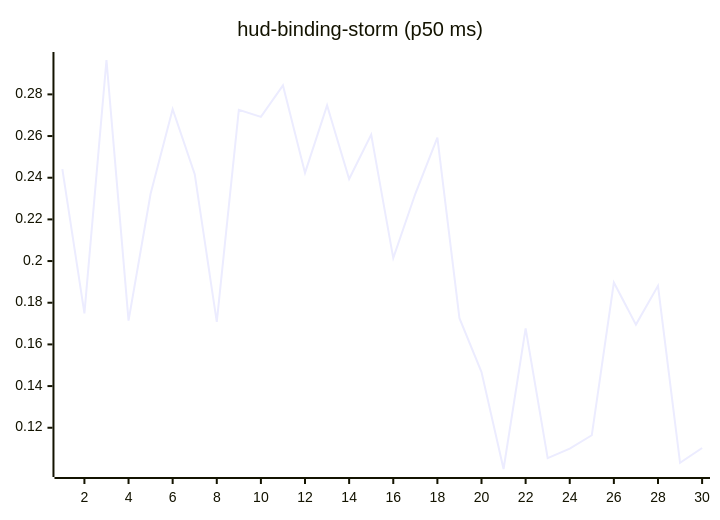
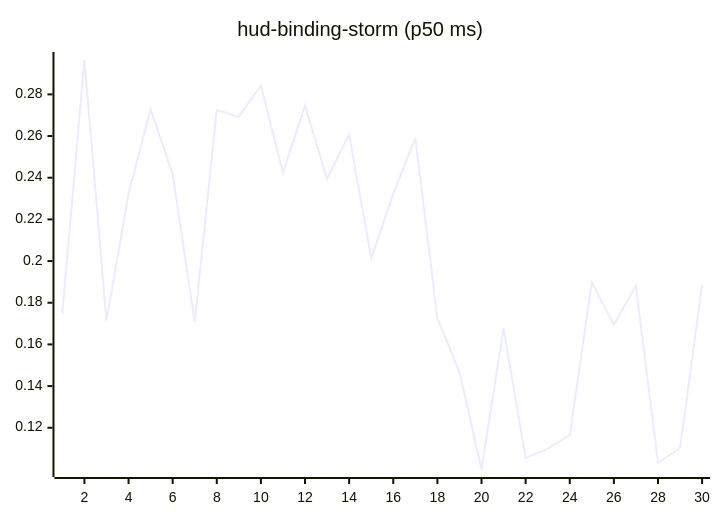
One commit to josha/Facet changed the tenth of 27 diagrams in README.md. Above: the diagram before and after it, drawn with Mermaid. The commit also changed other lines of this file and 2 other files, not shown here.

````diff
--- a/README.md
+++ b/README.md
@@ -126,6 +126,6 @@
 ```mermaid
 xychart-beta
     title "hud-binding-storm (p50 ms)"
     x-axis 1 --> 30
-    line [0.2441, 0.1749, 0.2965, 0.1714, 0.2323, 0.2729, 0.2417, 0.1708, 0.2726, 0.2692, 0.2843, 0.2423, 0.2747, 0.2394, 0.2607, 0.2014, 0.2323, 0.2592, 0.1726, 0.1467, 0.1002, 0.1677, 0.1054, 0.1100, 0.1164, 0.1897, 0.1695, 0.1881, 0.1032, 0.1103]
+    line [0.1749, 0.2965, 0.1714, 0.2323, 0.2729, 0.2417, 0.1708, 0.2726, 0.2692, 0.2843, 0.2423, 0.2747, 0.2394, 0.2607, 0.2014, 0.2323, 0.2592, 0.1726, 0.1467, 0.1002, 0.1677, 0.1054, 0.1100, 0.1164, 0.1897, 0.1695, 0.1881, 0.1032, 0.1103, 0.1886]
 ```
````
